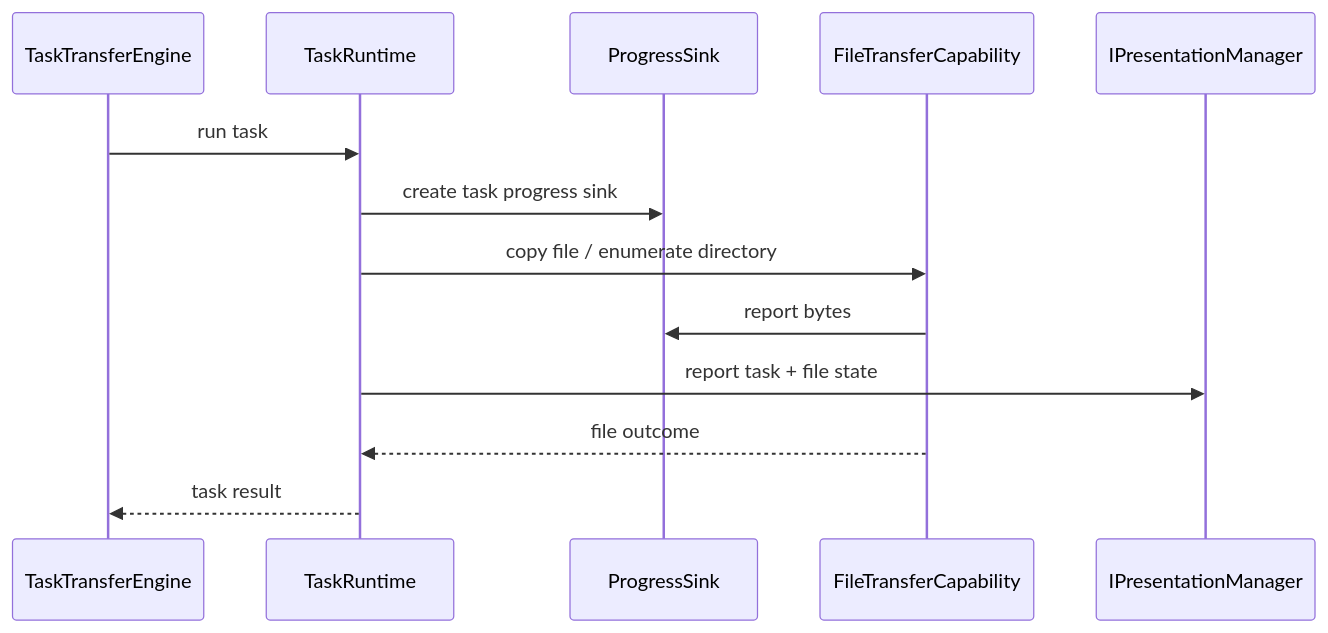
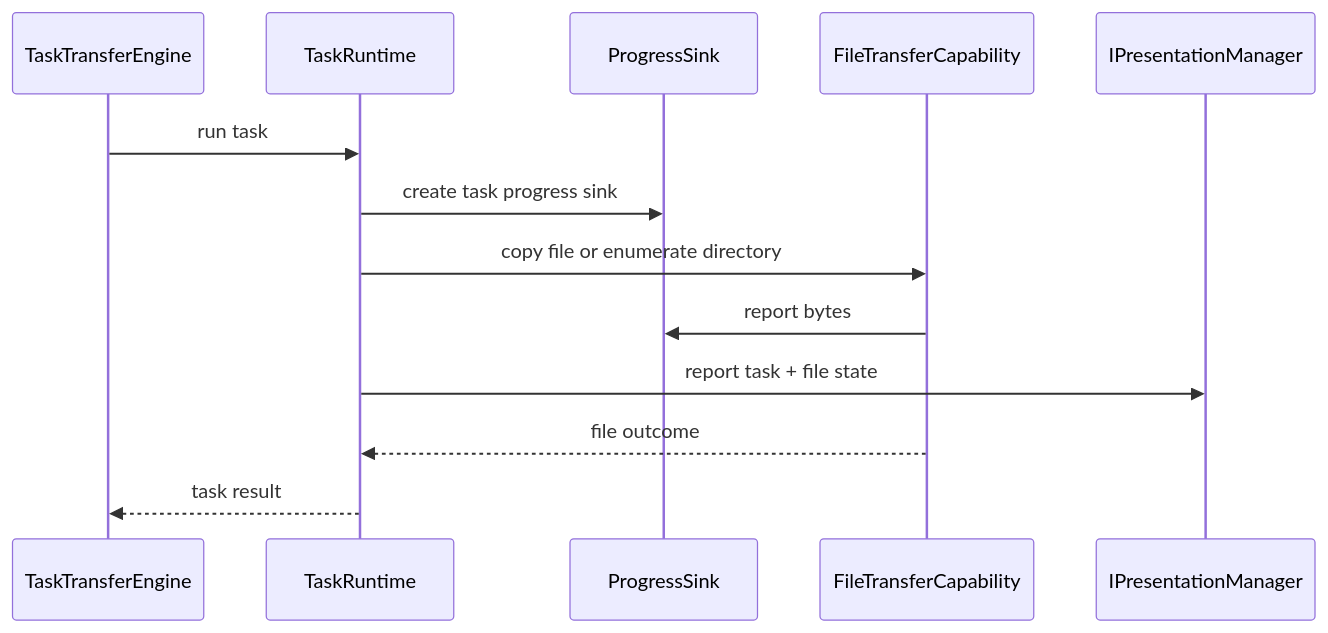
One commit to zeayii/flow changed the diagram in Zeayii.Flow.Core/README.en.md. Above: the diagram before and after it, drawn with Mermaid. The commit also changed 5 other files, not shown here.

Commit message:
时序图显示修复

````diff
--- a/Zeayii.Flow.Core/README.en.md
+++ b/Zeayii.Flow.Core/README.en.md
@@ -25,16 +25,16 @@
 ```mermaid
 sequenceDiagram
     participant ENG as TaskTransferEngine
     participant RUN as TaskRuntime
     participant PRG as ProgressSink
     participant CAP as FileTransferCapability
     participant UI as IPresentationManager
 
     ENG->>RUN: run task
     RUN->>PRG: create task progress sink
-    RUN->>CAP: copy file / enumerate directory
+    RUN->>CAP: copy file or enumerate directory
     CAP->>PRG: report bytes
     RUN->>UI: report task + file state
     CAP-->>RUN: file outcome
     RUN-->>ENG: task result
 ```
````
